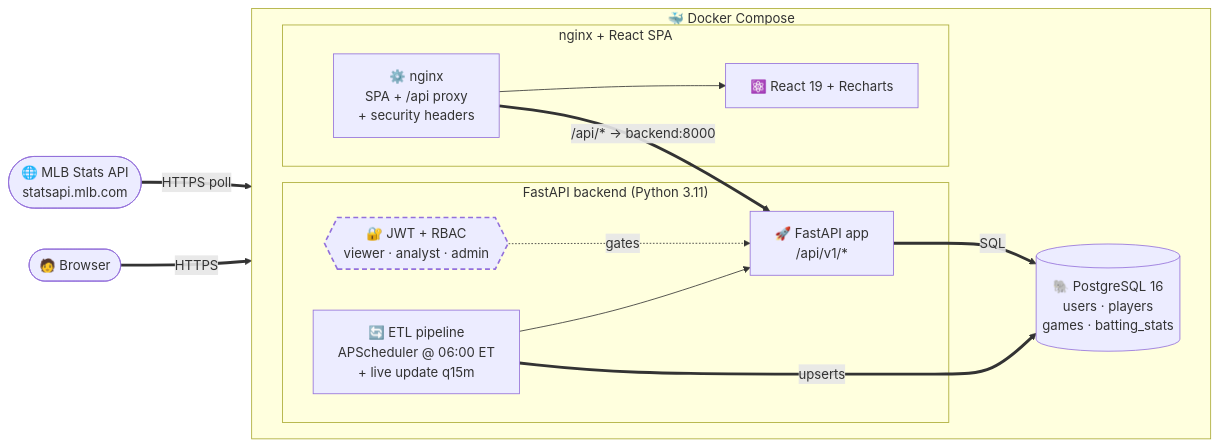
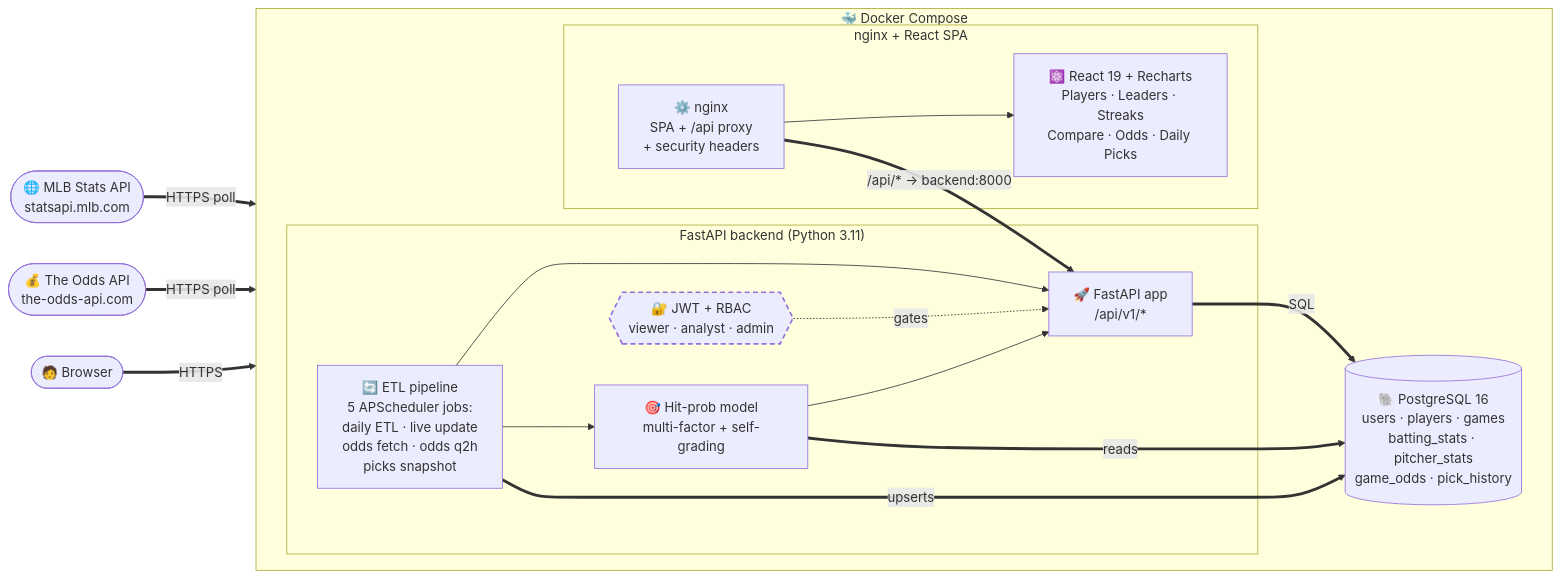
Before and after one commit to josephhcoonn-create/securestats: the first of 3 diagrams in README.md, drawn with Mermaid. The commit also changed other lines of this file, not shown here.

First line of the commit message:
README: document Phase 7 + Phase 8 (multi-factor hit prob, odds, picks, accuracy)

````diff
--- a/README.md
+++ b/README.md
@@ -27,35 +28,41 @@
 ```mermaid
 flowchart LR
     MLB([🌐 MLB Stats API<br/>statsapi.mlb.com])
+    ODDS([💰 The Odds API<br/>the-odds-api.com])
 
     subgraph compose["🐳 Docker Compose"]
         direction LR
 
         subgraph backend_box["FastAPI backend (Python 3.11)"]
-            ETL["🔄 ETL pipeline<br/>APScheduler @ 06:00 ET<br/>+ live update q15m"]
+            ETL["🔄 ETL pipeline<br/>5 APScheduler jobs:<br/>daily ETL · live update<br/>odds fetch · odds q2h<br/>picks snapshot"]
             API["🚀 FastAPI app<br/>/api/v1/*"]
             AUTH{{"🔐 JWT + RBAC<br/>viewer · analyst · admin"}}
+            MODEL["🎯 Hit-prob model<br/>multi-factor + self-grading"]
             ETL --> API
+            ETL --> MODEL
+            MODEL --> API
             AUTH -.gates.-> API
         end
 
-        DB[("🐘 PostgreSQL 16<br/>users · players<br/>games · batting_stats")]
+        DB[("🐘 PostgreSQL 16<br/>users · players · games<br/>batting_stats · pitcher_stats<br/>game_odds · pick_history")]
 
         subgraph frontend_box["nginx + React SPA"]
             NGINX["⚙️ nginx<br/>SPA + /api proxy<br/>+ security headers"]
-            REACT["⚛️ React 19 + Recharts"]
+            REACT["⚛️ React 19 + Recharts<br/>Players · Leaders · Streaks<br/>Compare · Odds · Daily Picks"]
             NGINX --> REACT
         end
     end
 
     BROWSER([🧑 Browser])
 
     MLB ==>|HTTPS poll| ETL
+    ODDS ==>|HTTPS poll| ETL
     ETL ==>|upserts| DB
+    MODEL ==>|reads| DB
     API ==>|SQL| DB
     BROWSER ==>|HTTPS| NGINX
     NGINX ==>|"/api/* → backend:8000"| API
 
     classDef boundary stroke-dasharray:6 4,stroke-width:2px
     class AUTH boundary
 ```
````
